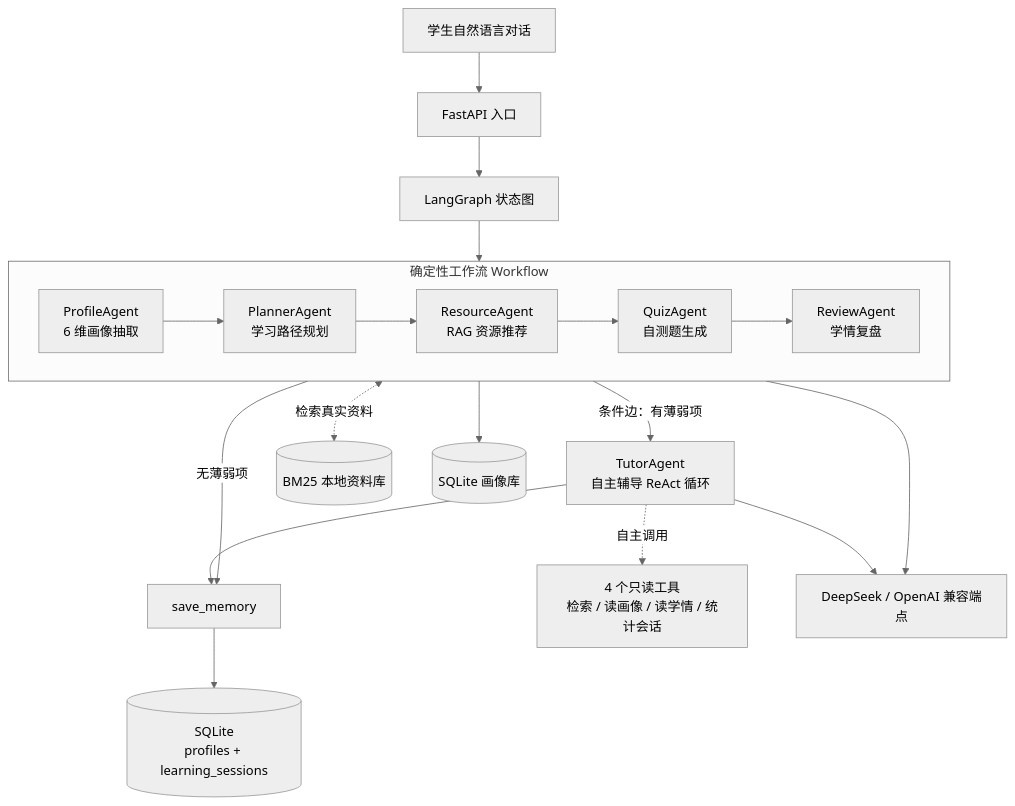
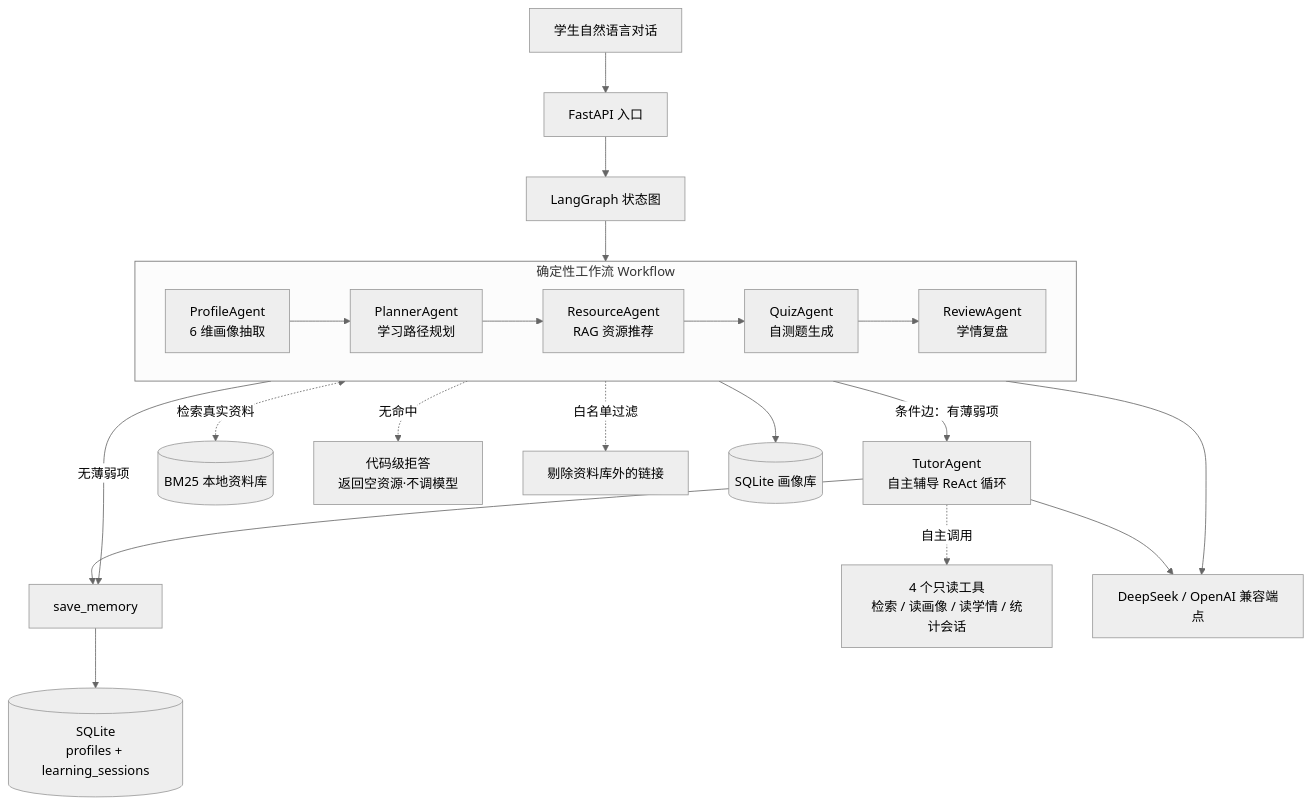
Before and after one commit to Dongnb66/python-learning-agent: the diagram in README.md, drawn with Mermaid (neutral theme). The commit also changed other lines of this file and 15 other files, not shown here.

````diff
--- a/README.md
+++ b/README.md
@@ -44,22 +52,24 @@
 ```mermaid
 flowchart TD
     User[学生自然语言对话] --> API[FastAPI 入口]
     API --> SG[LangGraph 状态图]
     subgraph WF[确定性工作流 Workflow]
         direction LR
         A[ProfileAgent<br/>6 维画像抽取] --> B[PlannerAgent<br/>学习路径规划]
         B --> C[ResourceAgent<br/>RAG 资源推荐]
         C --> D[QuizAgent<br/>自测题生成]
         D --> E[ReviewAgent<br/>学情复盘]
     end
     SG --> WF
     E -->|条件边：有薄弱项| T[TutorAgent<br/>自主辅导 ReAct 循环]
     E -->|无薄弱项| SM[save_memory]
     T -.自主调用.-> TOOLS[4 个只读工具<br/>检索 / 读画像 / 读学情 / 统计会话]
     T --> SM
     SM --> DB2[(SQLite<br/>profiles + learning_sessions)]
     C <-.检索真实资料.-> KB[(BM25 本地资料库)]
+    C -.无命中.-> RC[代码级拒答<br/>返回空资源·不调模型]
+    C -.白名单过滤.-> WL[剔除资料库外的链接]
     A --> DB[(SQLite 画像库)]
     WF --> LLM[DeepSeek / OpenAI 兼容端点]
     T --> LLM
 ```
````
